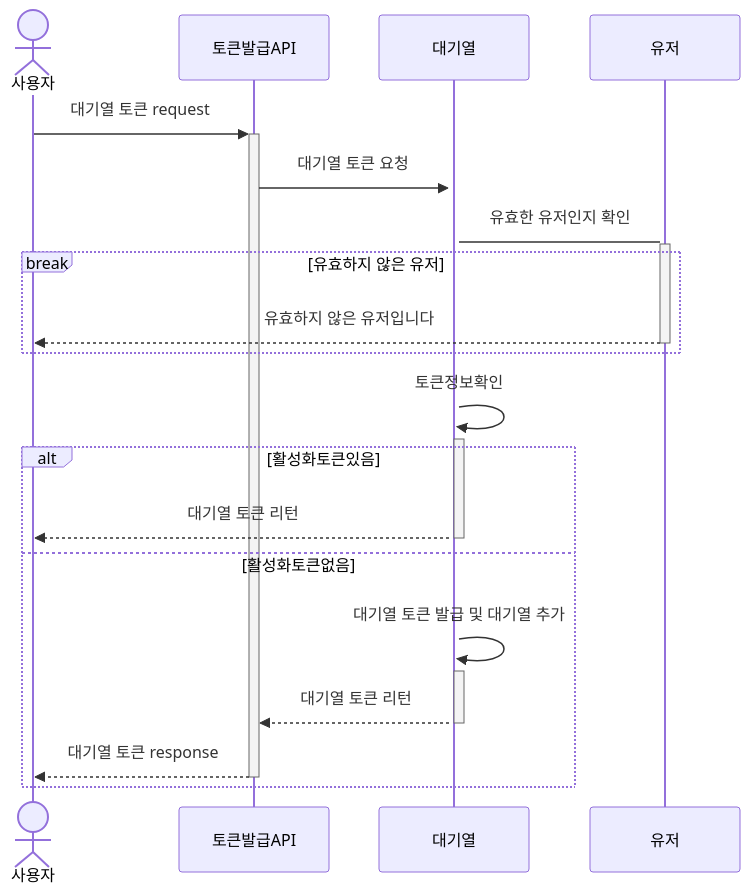
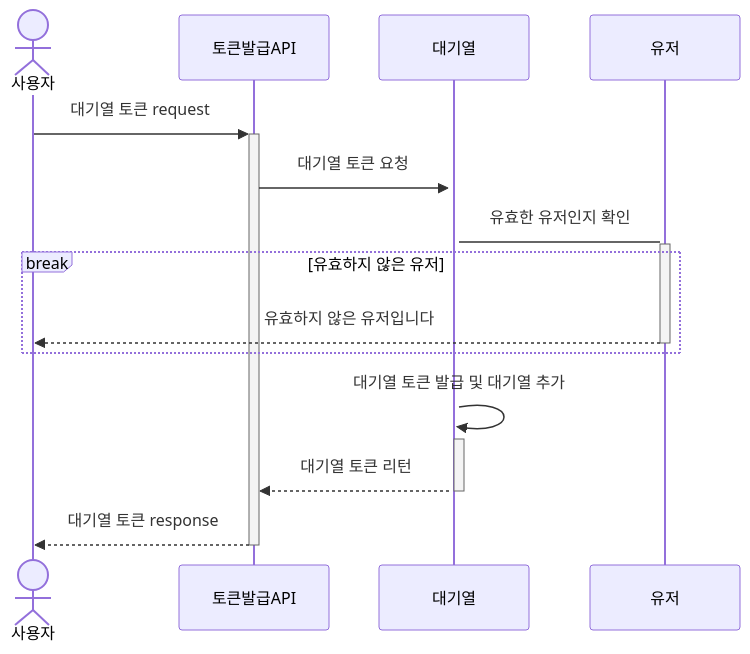
Before and after one commit to jangyoojeong/hhplus-ticketing-week03: the first of 8 diagrams in doc/SEQUENCS.md, drawn with Mermaid.

````diff
--- a/doc/SEQUENCS.md
+++ b/doc/SEQUENCS.md
@@ -8,24 +8,20 @@
 ```mermaid
 sequenceDiagram
     actor  사용자
     participant 토큰발급API
     participant 대기열
     participant 유저
 
     사용자->>+토큰발급API: 대기열 토큰 request
     토큰발급API->>+대기열: 대기열 토큰 요청
     대기열->+유저: 유효한 유저인지 확인
     break 유효하지 않은 유저
         유저-->>-사용자: 유효하지 않은 유저입니다
     end
-    대기열->>+대기열: 토큰정보확인
-    alt 활성화토큰있음
-        대기열-->>-사용자: 대기열 토큰 리턴
-    else 활성화토큰없음
 
-        대기열->>+대기열: 대기열 토큰 발급 및 대기열 추가
-        대기열-->>-토큰발급API: 대기열 토큰 리턴
-        토큰발급API-->>-사용자: 대기열 토큰 response
-    end
+    대기열->>+대기열: 대기열 토큰 발급 및 대기열 추가
+    대기열-->>-토큰발급API: 대기열 토큰 리턴
+    토큰발급API-->>-사용자: 대기열 토큰 response
+ 
     
 ```
````
